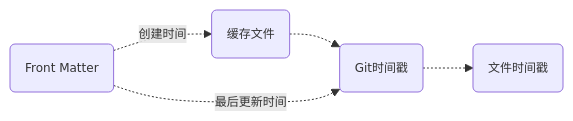
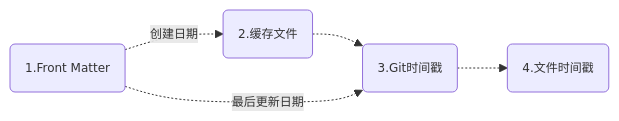
The first of 3 diagrams in docs/document-dates-zh.md (jaywhj/jaywhj.github.io), drawn with Mermaid before and after one commit. The commit also changed other lines of this file and 9 other files, not shown here.

````diff
--- a/docs/document-dates-zh.md
+++ b/docs/document-dates-zh.md
@@ -60,10 +63,10 @@
 ```mermaid
 %%{init: {'theme': 'default', 'themeVariables': {'fontSize': '12px'}}}%%
 flowchart LR
-    A(Front Matter)
-    B(缓存文件)
-    C(Git时间戳)
-    D(文件时间戳)
-    A -.创建时间.-> B -.-> C -.-> D
-    A -.最后更新时间.-> C
+    A(1.Front Matter)
+    B(2.缓存文件)
+    C(3.Git时间戳)
+    D(4.文件时间戳)
+    A -.创建日期.-> B -.-> C -.-> D
+    A -.最后更新日期.-> C
 ```
````
